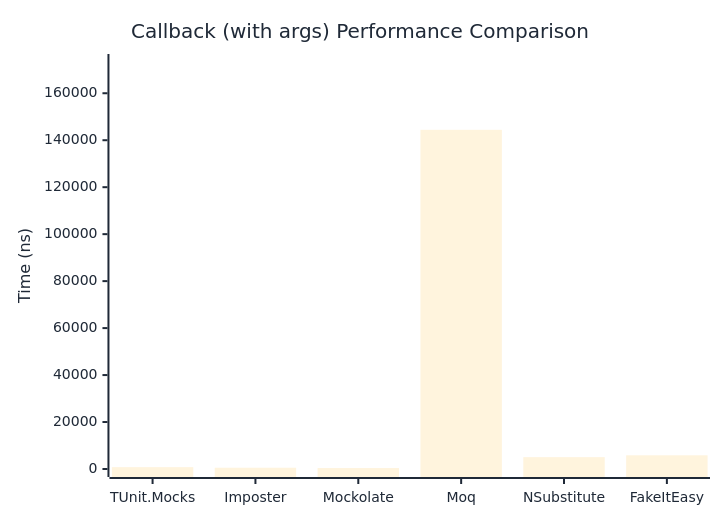
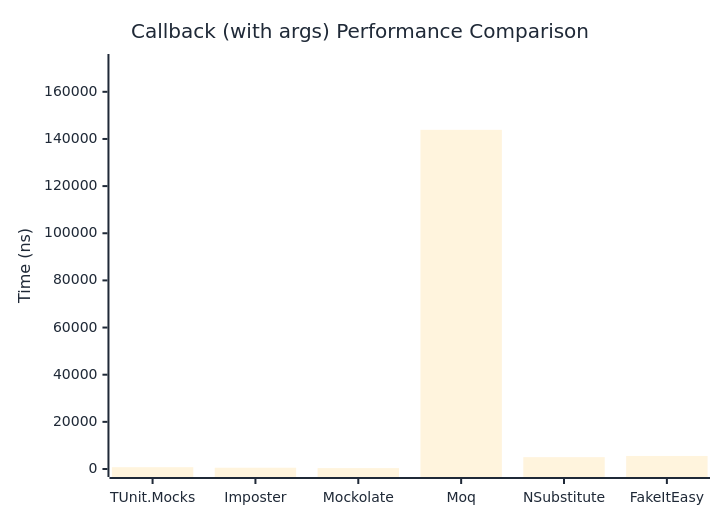
The second of 2 diagrams in docs/docs/benchmarks/mocks/Callback.md (thomhurst/TUnit), drawn with Mermaid before and after one commit. The commit also changed other lines of this file and 14 other files, not shown here.

````diff
--- a/docs/docs/benchmarks/mocks/Callback.md
+++ b/docs/docs/benchmarks/mocks/Callback.md
@@ -71,27 +71,27 @@
 ```mermaid
 %%{init: {
   'theme':'base',
   'themeVariables': {
     'primaryColor': '#2563eb',
     'primaryTextColor': '#1f2937',
     'primaryBorderColor': '#1e40af',
     'lineColor': '#6b7280',
     'secondaryColor': '#7c3aed',
     'tertiaryColor': '#dc2626',
     'background': '#ffffff',
     'pie1': '#2563eb',
     'pie2': '#7c3aed',
     'pie3': '#dc2626',
     'pie4': '#f59e0b',
     'pie5': '#10b981',
     'pie6': '#06b6d4',
     'pie7': '#ec4899',
     'pie8': '#6366f1'
   }
 }}%%
 xychart-beta
   title "Callback (with args) Performance Comparison"
   x-axis ["TUnit.Mocks", "Imposter", "Mockolate", "Moq", "NSubstitute", "FakeItEasy"]
-  y-axis "Time (ns)" 0 --> 173305
-  bar [786.5, 538.6, 410.9, 144420.7, 5039.6, 5832.9]
+  y-axis "Time (ns)" 0 --> 172643
+  bar [763.8, 535.7, 386.1, 143868.5, 5027.6, 5530.5]
 ```
````
